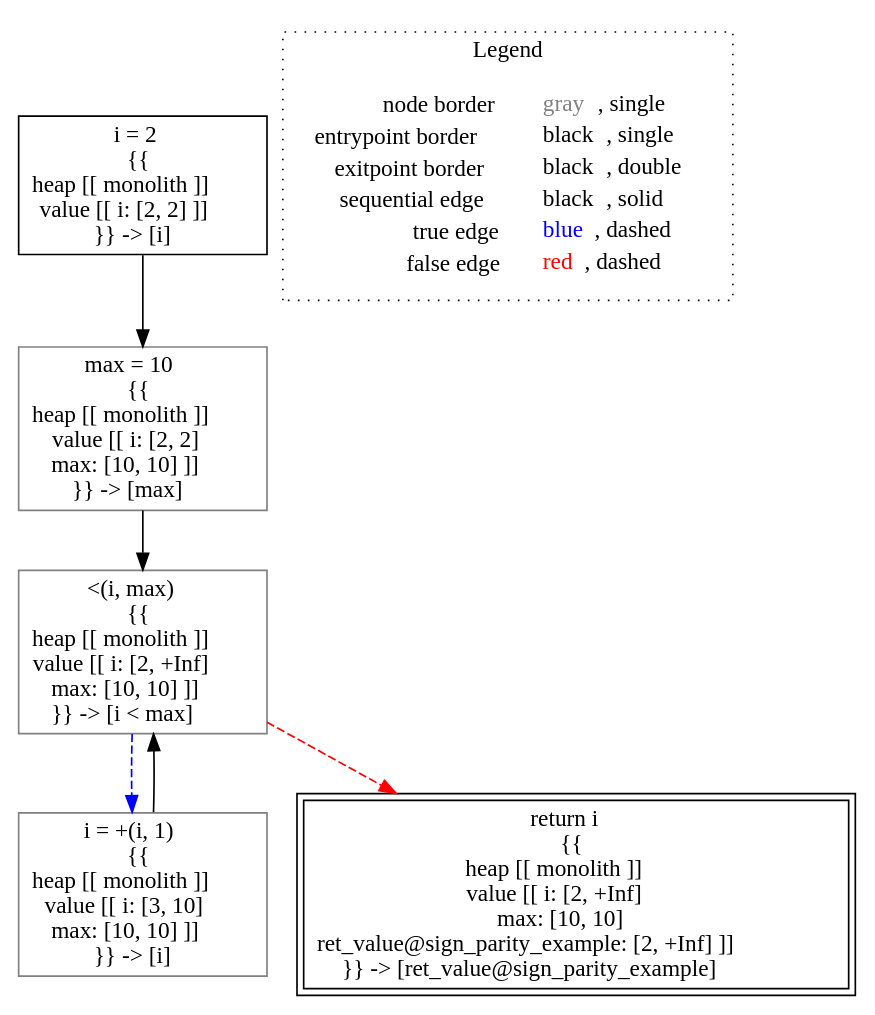
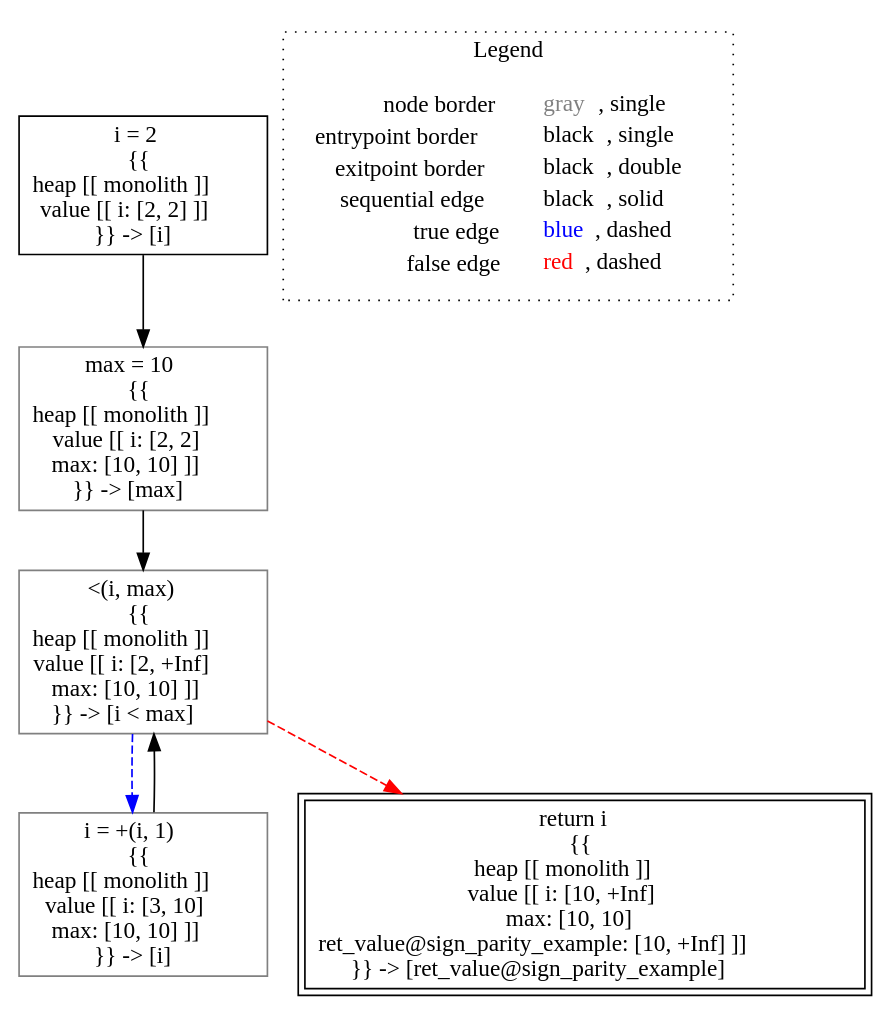
One commit to lisa-analyzer/lisa changed the diagram in lisa/imp-testcases/interval/analysis___untyped_tutorial.sign_parity_example(tutorial_this).dot. Above: the diagram before and after it, drawn with Graphviz. The commit also changed 14 other files, not shown here.

```diff
--- a/lisa/imp-testcases/interval/analysis___untyped_tutorial.sign_parity_example(tutorial_this).dot
+++ b/lisa/imp-testcases/interval/analysis___untyped_tutorial.sign_parity_example(tutorial_this).dot
@@ -1,19 +1,19 @@
 digraph {
 	"node0" [shape="rect",color="black",label=<i = 2<BR/>{{<BR/>heap [[ monolith ]]<BR/>value [[ i: [2, 2] ]]<BR/>}} -&gt; [i]>];
-	"node1" [shape="rect",color="black",peripheries="2",label=<return i<BR/>{{<BR/>heap [[ monolith ]]<BR/>value [[ i: [2, +Inf]<BR/>max: [10, 10]<BR/>ret_value@sign_parity_example: [2, +Inf] ]]<BR/>}} -&gt; [ret_value@sign_parity_example]>];
+	"node1" [shape="rect",color="black",peripheries="2",label=<return i<BR/>{{<BR/>heap [[ monolith ]]<BR/>value [[ i: [10, +Inf]<BR/>max: [10, 10]<BR/>ret_value@sign_parity_example: [10, +Inf] ]]<BR/>}} -&gt; [ret_value@sign_parity_example]>];
 	"node2" [shape="rect",color="gray",label=<i = +(i, 1)<BR/>{{<BR/>heap [[ monolith ]]<BR/>value [[ i: [3, 10]<BR/>max: [10, 10] ]]<BR/>}} -&gt; [i]>];
 	"node3" [shape="rect",color="gray",label=<max = 10<BR/>{{<BR/>heap [[ monolith ]]<BR/>value [[ i: [2, 2]<BR/>max: [10, 10] ]]<BR/>}} -&gt; [max]>];
 	"node4" [shape="rect",color="gray",label=<&lt;(i, max)<BR/>{{<BR/>heap [[ monolith ]]<BR/>value [[ i: [2, +Inf]<BR/>max: [10, 10] ]]<BR/>}} -&gt; [i &lt; max]>];
 	"node0" -> "node3" [color="black"];
 	"node2" -> "node4" [color="black"];
 	"node3" -> "node4" [color="black"];
 	"node4" -> "node1" [color="red",style="dashed"];
 	"node4" -> "node2" [color="blue",style="dashed"];
 subgraph cluster_legend {
 	label="Legend";
 	style=dotted;
 	node [shape=plaintext];
 	"legend" [label=<<table border="0" cellpadding="2" cellspacing="0" cellborder="0"><tr><td align="right">node border&nbsp;</td><td align="left"><font color="gray">gray</font>, single</td></tr><tr><td align="right">entrypoint border&nbsp;</td><td align="left"><font color="black">black</font>, single</td></tr><tr><td align="right">exitpoint border&nbsp;</td><td align="left"><font color="black">black</font>, double</td></tr><tr><td align="right">sequential edge&nbsp;</td><td align="left"><font color="black">black</font>, solid</td></tr><tr><td align="right">true edge&nbsp;</td><td align="left"><font color="blue">blue</font>, dashed</td></tr><tr><td align="right">false edge&nbsp;</td><td align="left"><font color="red">red</font>, dashed</td></tr></table>>];
 }
 
 }
```
